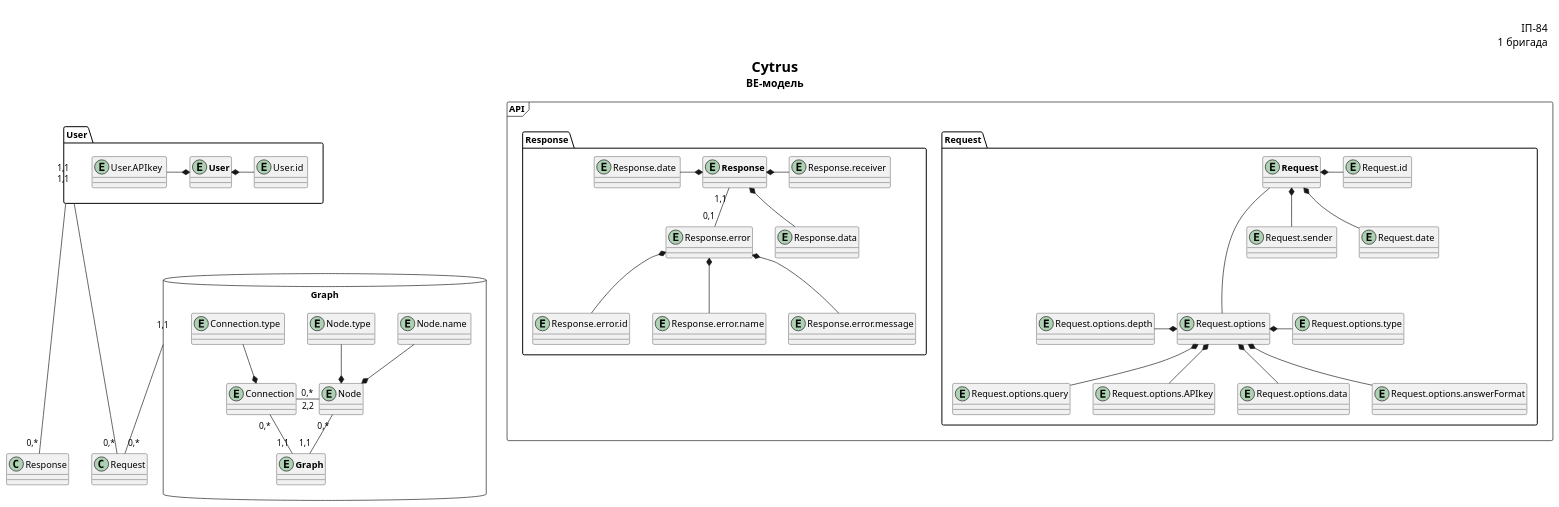
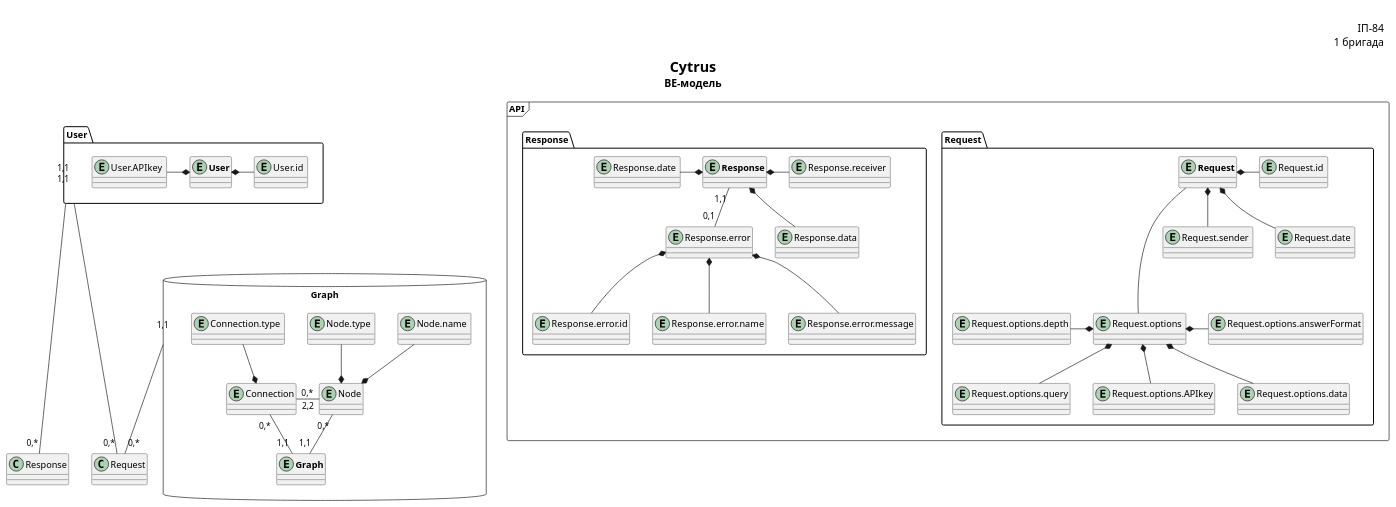
The diagram in doc/uml/BE_model.puml (NeProgramist/Cytrus), drawn with PlantUML before and after one commit.

Commit message:
delete request options type

```diff
--- a/doc/uml/BE_model.puml
+++ b/doc/uml/BE_model.puml
@@ -1,93 +1,91 @@
 @startuml
 title
   <font size=22 color=black><b>Cytrus</b>
   <font size=16 color=black>BE-модель
 end title
 
 right header
 <font color=fff size=16>Павлов підор
 <font color=000 size=16>ІП-84
 <font color=000 size=16>1 бригада
 end header
 
 package User {
     entity "<b>User" as User
     entity "User.id " as UserId
     entity "User.APIkey " as UserKey
     User *- UserId
     UserKey -* User
 }
 
 package Graph <<Database>> {
     entity Node
     entity "Node.name " as nodeName
     entity "Node.type " as nodeType
     nodeName --* Node
     nodeType --* Node
 
     entity Connection
     entity "Connection.type " as ConnectionType
     ConnectionType --* Connection
     Node "2,2" -l- "0,*" Connection
 
     entity "<b>Graph" as Graph
     Node "0,*" -- "1,1" Graph
     Connection "0,*" -- "1,1" Graph
 }
 
 package API <<Frame>> {
     package Request {
     entity "<b>Request" as Request
     entity "Request.sender " as RequestSender
     entity "Request.options " as RequestOptions
     entity "Request.id " as RequestId
     entity "Request.date " as RequestDate
 
     Request *-- RequestSender
     Request *- RequestId
     Request --- RequestOptions
     Request *-- RequestDate
 
     entity "Request.options.depth" as RequestOptionsDepth
     entity "Request.options.query" as RequestOptionsQuery
     entity "Request.options.APIkey" as RequestOptionsKey
-    entity "Request.options.type" as RequestOptionsType
     entity "Request.options.data" as RequestOptionsData
     entity "Request.options.answerFormat" as RequestOptionsAnswerFormat
 
-    RequestOptions *-- RequestOptionsAnswerFormat
+    RequestOptions *-r- RequestOptionsAnswerFormat
     RequestOptionsDepth -* RequestOptions
     RequestOptions *-- RequestOptionsKey
     RequestOptions *-- RequestOptionsQuery
-    RequestOptions *- RequestOptionsType
     RequestOptions *-- RequestOptionsData
     }
 
     package Response {
         entity "<b>Response" as Response
         entity "Response.date " as ResponseDate
         entity "Response.receiver " as ResponseReceiver
 
 
         ResponseDate -* Response
         Response *- ResponseReceiver
 
         entity "Response.error" as ResponseError
         entity "Response.error.id" as ResponseErrorId
         entity "Response.error.name" as ResponseErrorName
         entity "Response.error.message" as ResponseErrorMsg
         entity "Response.data" as ResponseData
 
         Response *-- ResponseData
         Response "1,1" -- "0,1" ResponseError
         ResponseError *-- ResponseErrorId
         ResponseError *-- ResponseErrorName
         ResponseError *-- ResponseErrorMsg
     }
 }
 
 User "1,1"  ----- "0,*" Response
 User "1,1" ----- "0,*" Request
 Graph "1,1" --- "0,*" Request
 
 @enduml
```
